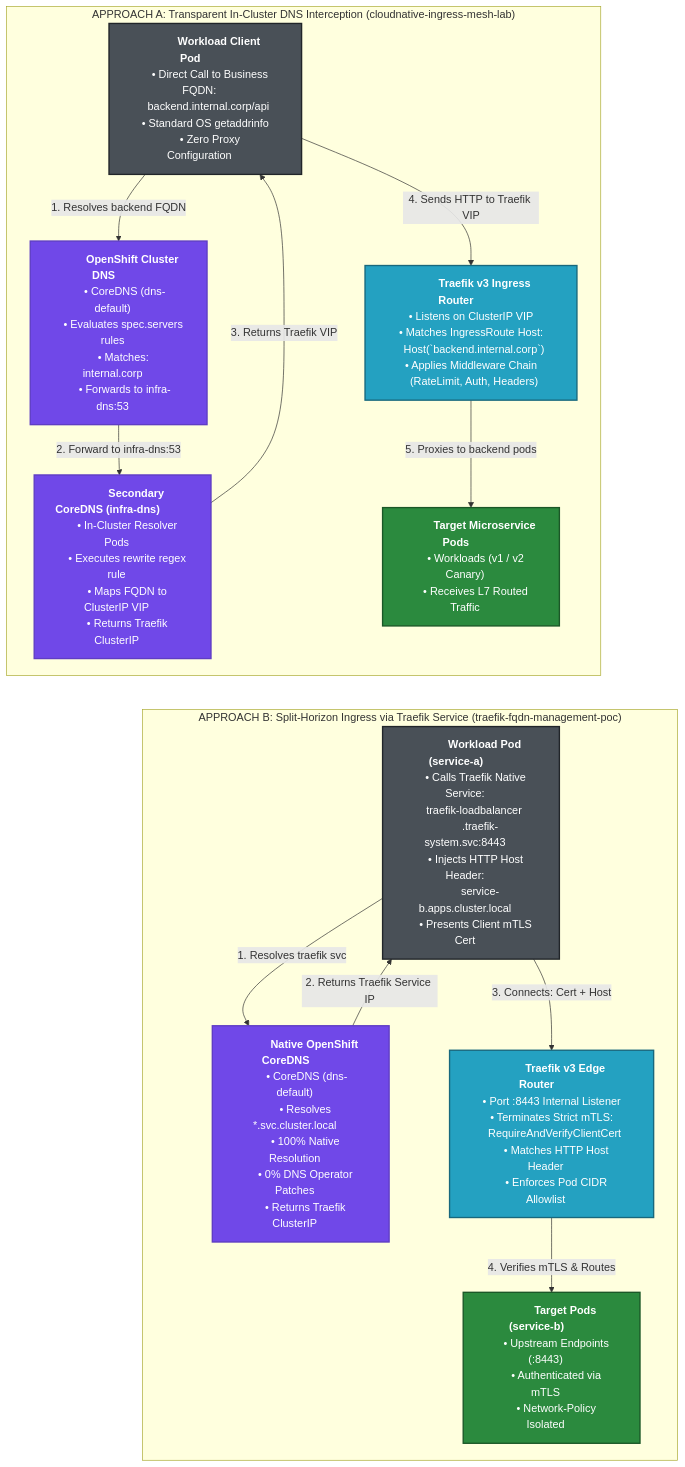
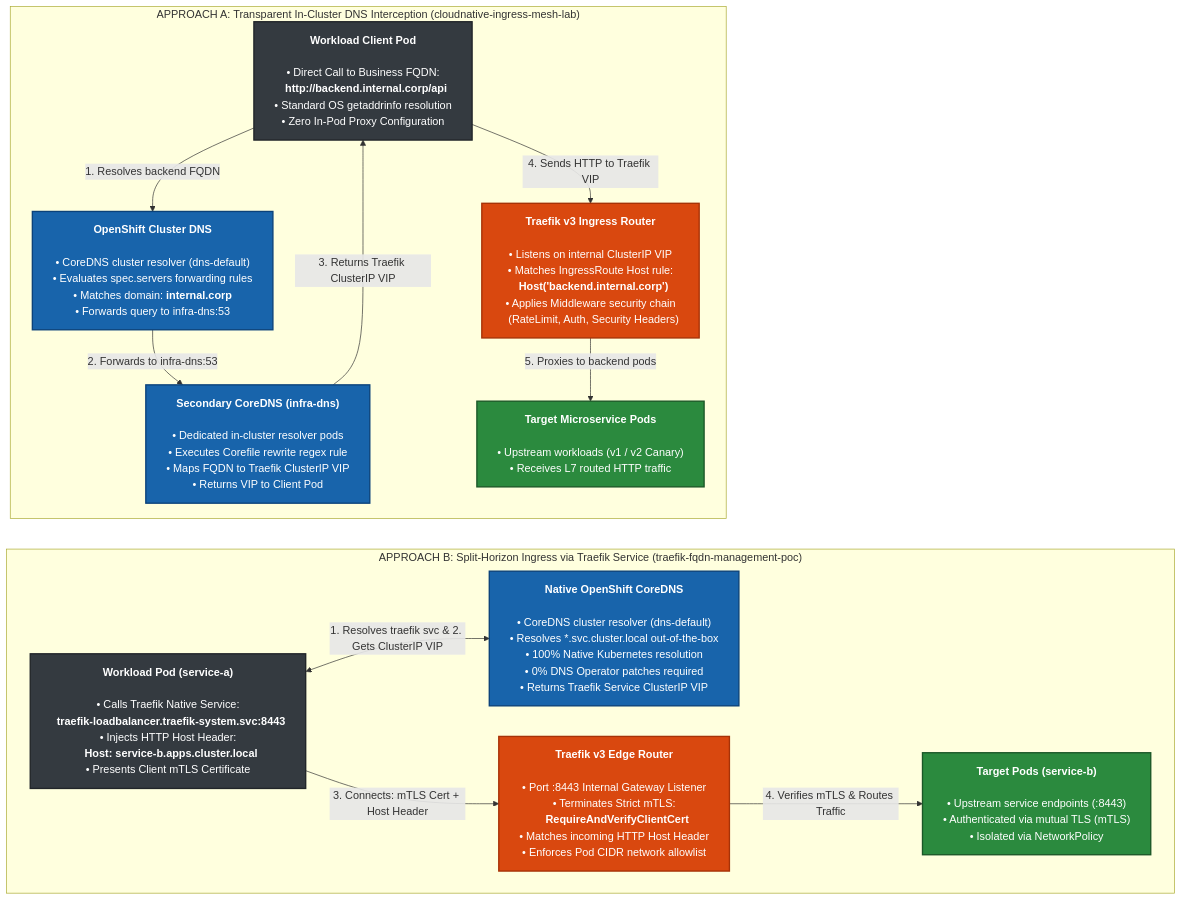
One commit to nubenetes/cloudnative-ingress-mesh-lab changed the seventh of 8 diagrams in README.md. Above: the diagram before and after it, drawn with Mermaid. The commit also changed 1 other file, not shown here.

Commit message:
docs: resolve text cut and edge label collisions in Diagram 2.2 / Diagram 7

````diff
--- a/README.md
+++ b/README.md
@@ -582,47 +582,47 @@
 ```mermaid
+%%{init: {"flowchart": {"wrappingWidth": 460, "nodeSpacing": 45, "rankSpacing": 45}}}%%
 flowchart TD
-    subgraph ApproachA ["&nbsp;&nbsp;&nbsp;&nbsp;&nbsp;&nbsp;&nbsp;&nbsp;&nbsp;&nbsp;&nbsp;&nbsp;APPROACH A: Transparent In-Cluster DNS Interception (cloudnative-ingress-mesh-lab)&nbsp;&nbsp;&nbsp;&nbsp;&nbsp;&nbsp;&nbsp;&nbsp;&nbsp;&nbsp;&nbsp;&nbsp;"]
-        PodA["&nbsp;&nbsp;&nbsp;&nbsp;&nbsp;&nbsp;&nbsp;&nbsp;&nbsp;&nbsp;<b>Workload Client Pod</b>&nbsp;&nbsp;&nbsp;&nbsp;&nbsp;&nbsp;&nbsp;&nbsp;&nbsp;&nbsp;<br/>&nbsp;&nbsp;&nbsp;&nbsp;• Direct Call to Business FQDN:&nbsp;&nbsp;&nbsp;&nbsp;<br/>&nbsp;&nbsp;&nbsp;&nbsp;&nbsp;&nbsp;backend.internal.corp/api&nbsp;&nbsp;&nbsp;&nbsp;<br/>&nbsp;&nbsp;&nbsp;&nbsp;• Standard OS getaddrinfo&nbsp;&nbsp;&nbsp;&nbsp;<br/>&nbsp;&nbsp;&nbsp;&nbsp;• Zero Proxy Configuration&nbsp;&nbsp;&nbsp;&nbsp;"]
+    subgraph ApproachA ["APPROACH A: Transparent In-Cluster DNS Interception (cloudnative-ingress-mesh-lab)"]
+        PodA["<b>Workload Client Pod</b><br/><br/>• Direct Call to Business FQDN:<br/>&nbsp;&nbsp;<b>http://backend.internal.corp/api</b><br/>• Standard OS getaddrinfo resolution<br/>• Zero In-Pod Proxy Configuration"]
         
-        OCPDNS["&nbsp;&nbsp;&nbsp;&nbsp;&nbsp;&nbsp;&nbsp;&nbsp;&nbsp;&nbsp;<b>OpenShift Cluster DNS</b>&nbsp;&nbsp;&nbsp;&nbsp;&nbsp;&nbsp;&nbsp;&nbsp;&nbsp;&nbsp;<br/>&nbsp;&nbsp;&nbsp;&nbsp;• CoreDNS (dns-default)&nbsp;&nbsp;&nbsp;&nbsp;<br/>&nbsp;&nbsp;&nbsp;&nbsp;• Evaluates spec.servers rules&nbsp;&nbsp;&nbsp;&nbsp;<br/>&nbsp;&nbsp;&nbsp;&nbsp;• Matches: internal.corp&nbsp;&nbsp;&nbsp;&nbsp;<br/>&nbsp;&nbsp;&nbsp;&nbsp;• Forwards to infra-dns:53&nbsp;&nbsp;&nbsp;&nbsp;"]
+        OCPDNS["<b>OpenShift Cluster DNS</b><br/><br/>• CoreDNS cluster resolver (dns-default)<br/>• Evaluates spec.servers forwarding rules<br/>• Matches domain: <b>internal.corp</b><br/>• Forwards query to infra-dns:53"]
         
-        InfraDNS["&nbsp;&nbsp;&nbsp;&nbsp;&nbsp;&nbsp;&nbsp;&nbsp;&nbsp;&nbsp;<b>Secondary CoreDNS (infra-dns)</b>&nbsp;&nbsp;&nbsp;&nbsp;&nbsp;&nbsp;&nbsp;&nbsp;&nbsp;&nbsp;<br/>&nbsp;&nbsp;&nbsp;&nbsp;• In-Cluster Resolver Pods&nbsp;&nbsp;&nbsp;&nbsp;<br/>&nbsp;&nbsp;&nbsp;&nbsp;• Executes rewrite regex rule&nbsp;&nbsp;&nbsp;&nbsp;<br/>&nbsp;&nbsp;&nbsp;&nbsp;• Maps FQDN to ClusterIP VIP&nbsp;&nbsp;&nbsp;&nbsp;<br/>&nbsp;&nbsp;&nbsp;&nbsp;• Returns Traefik ClusterIP&nbsp;&nbsp;&nbsp;&nbsp;"]
+        InfraDNS["<b>Secondary CoreDNS (infra-dns)</b><br/><br/>• Dedicated in-cluster resolver pods<br/>• Executes Corefile rewrite regex rule<br/>• Maps FQDN to Traefik ClusterIP VIP<br/>• Returns VIP to Client Pod"]
         
-        TraefikA["&nbsp;&nbsp;&nbsp;&nbsp;&nbsp;&nbsp;&nbsp;&nbsp;&nbsp;&nbsp;<b>Traefik v3 Ingress Router</b>&nbsp;&nbsp;&nbsp;&nbsp;&nbsp;&nbsp;&nbsp;&nbsp;&nbsp;&nbsp;<br/>&nbsp;&nbsp;&nbsp;&nbsp;• Listens on ClusterIP VIP&nbsp;&nbsp;&nbsp;&nbsp;<br/>&nbsp;&nbsp;&nbsp;&nbsp;• Matches IngressRoute Host:&nbsp;&nbsp;&nbsp;&nbsp;<br/>&nbsp;&nbsp;&nbsp;&nbsp;&nbsp;&nbsp;Host(`backend.internal.corp`)&nbsp;&nbsp;&nbsp;&nbsp;<br/>&nbsp;&nbsp;&nbsp;&nbsp;• Applies Middleware Chain&nbsp;&nbsp;&nbsp;&nbsp;<br/>&nbsp;&nbsp;&nbsp;&nbsp;&nbsp;&nbsp;(RateLimit, Auth, Headers)&nbsp;&nbsp;&nbsp;&nbsp;"]
+        TraefikA["<b>Traefik v3 Ingress Router</b><br/><br/>• Listens on internal ClusterIP VIP<br/>• Matches IngressRoute Host rule:<br/>&nbsp;&nbsp;<b>Host('backend.internal.corp')</b><br/>• Applies Middleware security chain<br/>&nbsp;&nbsp;(RateLimit, Auth, Security Headers)"]
         
-        DestA["&nbsp;&nbsp;&nbsp;&nbsp;&nbsp;&nbsp;&nbsp;&nbsp;&nbsp;&nbsp;<b>Target Microservice Pods</b>&nbsp;&nbsp;&nbsp;&nbsp;&nbsp;&nbsp;&nbsp;&nbsp;&nbsp;&nbsp;<br/>&nbsp;&nbsp;&nbsp;&nbsp;• Workloads (v1 / v2 Canary)&nbsp;&nbsp;&nbsp;&nbsp;<br/>&nbsp;&nbsp;&nbsp;&nbsp;• Receives L7 Routed Traffic&nbsp;&nbsp;&nbsp;&nbsp;"]
+        DestA["<b>Target Microservice Pods</b><br/><br/>• Upstream workloads (v1 / v2 Canary)<br/>• Receives L7 routed HTTP traffic"]
 
         PodA -->|"1. Resolves backend FQDN"| OCPDNS
-        OCPDNS -->|"2. Forward to infra-dns:53"| InfraDNS
-        InfraDNS -->|"3. Returns Traefik VIP"| PodA
+        OCPDNS -->|"2. Forwards to infra-dns:53"| InfraDNS
+        InfraDNS -->|"3. Returns Traefik ClusterIP VIP"| PodA
         PodA -->|"4. Sends HTTP to Traefik VIP"| TraefikA
         TraefikA -->|"5. Proxies to backend pods"| DestA
     end
 
-    DestA ~~~ PodB
+    DestA ~~~ ApproachB
 
-    subgraph ApproachB ["&nbsp;&nbsp;&nbsp;&nbsp;&nbsp;&nbsp;&nbsp;&nbsp;&nbsp;&nbsp;&nbsp;&nbsp;APPROACH B: Split-Horizon Ingress via Traefik Service (traefik-fqdn-management-poc)&nbsp;&nbsp;&nbsp;&nbsp;&nbsp;&nbsp;&nbsp;&nbsp;&nbsp;&nbsp;&nbsp;&nbsp;"]
-        PodB["&nbsp;&nbsp;&nbsp;&nbsp;&nbsp;&nbsp;&nbsp;&nbsp;&nbsp;&nbsp;<b>Workload Pod (service-a)</b>&nbsp;&nbsp;&nbsp;&nbsp;&nbsp;&nbsp;&nbsp;&nbsp;&nbsp;&nbsp;<br/>&nbsp;&nbsp;&nbsp;&nbsp;• Calls Traefik Native Service:&nbsp;&nbsp;&nbsp;&nbsp;<br/>&nbsp;&nbsp;&nbsp;&nbsp;&nbsp;&nbsp;traefik-loadbalancer&nbsp;&nbsp;&nbsp;&nbsp;<br/>&nbsp;&nbsp;&nbsp;&nbsp;&nbsp;&nbsp;.traefik-system.svc:8443&nbsp;&nbsp;&nbsp;&nbsp;<br/>&nbsp;&nbsp;&nbsp;&nbsp;• Injects HTTP Host Header:&nbsp;&nbsp;&nbsp;&nbsp;<br/>&nbsp;&nbsp;&nbsp;&nbsp;&nbsp;&nbsp;service-b.apps.cluster.local&nbsp;&nbsp;&nbsp;&nbsp;<br/>&nbsp;&nbsp;&nbsp;&nbsp;• Presents Client mTLS Cert&nbsp;&nbsp;&nbsp;&nbsp;"]
+    subgraph ApproachB ["APPROACH B: Split-Horizon Ingress via Traefik Service (traefik-fqdn-management-poc)"]
+        PodB["<b>Workload Pod (service-a)</b><br/><br/>• Calls Traefik Native Service:<br/>&nbsp;&nbsp;<b>traefik-loadbalancer.traefik-system.svc:8443</b><br/>• Injects HTTP Host Header:<br/>&nbsp;&nbsp;<b>Host: service-b.apps.cluster.local</b><br/>• Presents Client mTLS Certificate"]
         
-        NativeDNS["&nbsp;&nbsp;&nbsp;&nbsp;&nbsp;&nbsp;&nbsp;&nbsp;&nbsp;&nbsp;<b>Native OpenShift CoreDNS</b>&nbsp;&nbsp;&nbsp;&nbsp;&nbsp;&nbsp;&nbsp;&nbsp;&nbsp;&nbsp;<br/>&nbsp;&nbsp;&nbsp;&nbsp;• CoreDNS (dns-default)&nbsp;&nbsp;&nbsp;&nbsp;<br/>&nbsp;&nbsp;&nbsp;&nbsp;• Resolves *.svc.cluster.local&nbsp;&nbsp;&nbsp;&nbsp;<br/>&nbsp;&nbsp;&nbsp;&nbsp;• 100% Native Resolution&nbsp;&nbsp;&nbsp;&nbsp;<br/>&nbsp;&nbsp;&nbsp;&nbsp;• 0% DNS Operator Patches&nbsp;&nbsp;&nbsp;&nbsp;<br/>&nbsp;&nbsp;&nbsp;&nbsp;• Returns Traefik ClusterIP&nbsp;&nbsp;&nbsp;&nbsp;"]
+        NativeDNS["<b>Native OpenShift CoreDNS</b><br/><br/>• CoreDNS cluster resolver (dns-default)<br/>• Resolves *.svc.cluster.local out-of-the-box<br/>• 100% Native Kubernetes resolution<br/>• 0% DNS Operator patches required<br/>• Returns Traefik Service ClusterIP VIP"]
         
-        TraefikB["&nbsp;&nbsp;&nbsp;&nbsp;&nbsp;&nbsp;&nbsp;&nbsp;&nbsp;&nbsp;<b>Traefik v3 Edge Router</b>&nbsp;&nbsp;&nbsp;&nbsp;&nbsp;&nbsp;&nbsp;&nbsp;&nbsp;&nbsp;<br/>&nbsp;&nbsp;&nbsp;&nbsp;• Port :8443 Internal Listener&nbsp;&nbsp;&nbsp;&nbsp;<br/>&nbsp;&nbsp;&nbsp;&nbsp;• Terminates Strict mTLS:&nbsp;&nbsp;&nbsp;&nbsp;<br/>&nbsp;&nbsp;&nbsp;&nbsp;&nbsp;&nbsp;RequireAndVerifyClientCert&nbsp;&nbsp;&nbsp;&nbsp;<br/>&nbsp;&nbsp;&nbsp;&nbsp;• Matches HTTP Host Header&nbsp;&nbsp;&nbsp;&nbsp;<br/>&nbsp;&nbsp;&nbsp;&nbsp;• Enforces Pod CIDR Allowlist&nbsp;&nbsp;&nbsp;&nbsp;"]
+        TraefikB["<b>Traefik v3 Edge Router</b><br/><br/>• Port :8443 Internal Gateway Listener<br/>• Terminates Strict mTLS:<br/>&nbsp;&nbsp;<b>RequireAndVerifyClientCert</b><br/>• Matches incoming HTTP Host Header<br/>• Enforces Pod CIDR network allowlist"]
         
-        DestB["&nbsp;&nbsp;&nbsp;&nbsp;&nbsp;&nbsp;&nbsp;&nbsp;&nbsp;&nbsp;<b>Target Pods (service-b)</b>&nbsp;&nbsp;&nbsp;&nbsp;&nbsp;&nbsp;&nbsp;&nbsp;&nbsp;&nbsp;<br/>&nbsp;&nbsp;&nbsp;&nbsp;• Upstream Endpoints (:8443)&nbsp;&nbsp;&nbsp;&nbsp;<br/>&nbsp;&nbsp;&nbsp;&nbsp;• Authenticated via mTLS&nbsp;&nbsp;&nbsp;&nbsp;<br/>&nbsp;&nbsp;&nbsp;&nbsp;• Network-Policy Isolated&nbsp;&nbsp;&nbsp;&nbsp;"]
+        DestB["<b>Target Pods (service-b)</b><br/><br/>• Upstream service endpoints (:8443)<br/>• Authenticated via mutual TLS (mTLS)<br/>• Isolated via NetworkPolicy"]
 
-        PodB -->|"1. Resolves traefik svc"| NativeDNS
-        NativeDNS -->|"2. Returns Traefik Service IP"| PodB
-        PodB -->|"3. Connects: Cert + Host"| TraefikB
-        TraefikB -->|"4. Verifies mTLS & Routes"| DestB
+        PodB <-->|"1. Resolves traefik svc & 2. Gets ClusterIP VIP"| NativeDNS
+        PodB -->|"3. Connects: mTLS Cert + Host Header"| TraefikB
+        TraefikB -->|"4. Verifies mTLS & Routes Traffic"| DestB
     end
 
-    classDef app fill:#495057,stroke:#212529,stroke-width:2px,color:#fff;
-    classDef dns fill:#7048e8,stroke:#5f3dc4,stroke-width:2px,color:#fff;
-    classDef router fill:#24A1C1,stroke:#18687d,stroke-width:2px,color:#fff;
-    classDef dest fill:#2b8a3e,stroke:#1b5727,stroke-width:2px,color:#fff;
+    classDef app fill:#343a40,stroke:#212529,stroke-width:2px,color:#fff,min-width:380px;
+    classDef dns fill:#1864ab,stroke:#0b427a,stroke-width:2px,color:#fff,min-width:380px;
+    classDef router fill:#d9480f,stroke:#a63207,stroke-width:2px,color:#fff,min-width:380px;
+    classDef target fill:#2b8a3e,stroke:#1b5727,stroke-width:2px,color:#fff,min-width:380px;
 
     class PodA,PodB app;
     class OCPDNS,InfraDNS,NativeDNS dns;
     class TraefikA,TraefikB router;
-    class DestA,DestB dest;
+    class DestA,DestB target;
 ```
````
